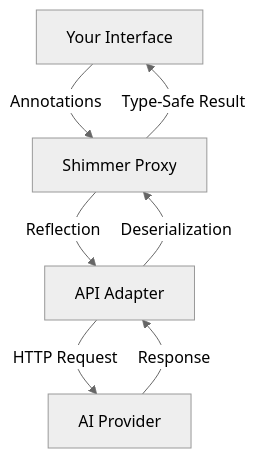
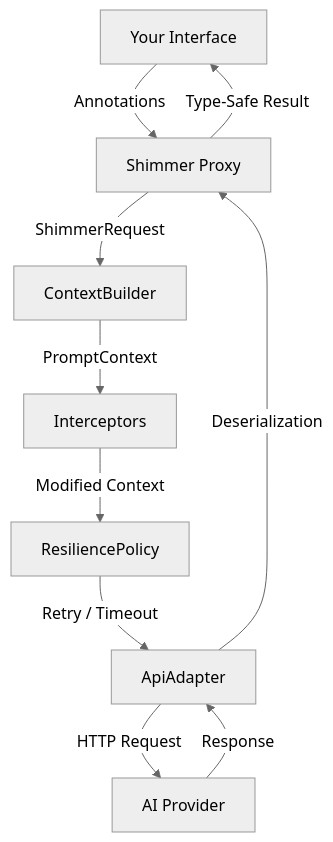
Before and after one commit to ahammer/Shimmer: the diagram in README.md, drawn with Mermaid (neutral theme). The commit also changed other lines of this file and 45 other files, not shown here.

````diff
--- a/README.md
+++ b/README.md
@@ -113,9 +130,12 @@
 ```mermaid
 graph TD
     A[Your Interface] -->|Annotations| B[Shimmer Proxy]
-    B -->|Reflection| C[API Adapter]
-    C -->|HTTP Request| D[AI Provider]
-    D -->|Response| C
-    C -->|Deserialization| B
+    B -->|ShimmerRequest| C[ContextBuilder]
+    C -->|PromptContext| D[Interceptors]
+    D -->|Modified Context| E[ResiliencePolicy]
+    E -->|Retry / Timeout| F[ApiAdapter]
+    F -->|HTTP Request| G[AI Provider]
+    G -->|Response| F
+    F -->|Deserialization| B
     B -->|Type-Safe Result| A
 ```
````
